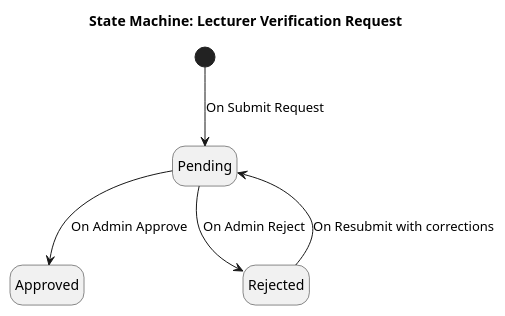
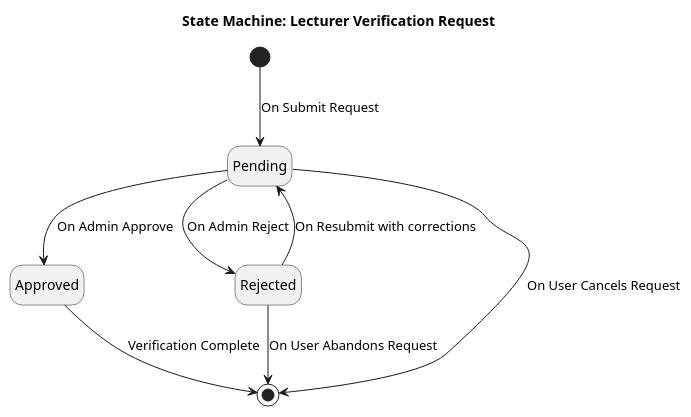
Before and after one commit to FA25SE050-RogueLearn/RogueLearn.BMAD.Documentation: the diagram in docs/srs/diagrams/state-machines/user-services/lecturer-verification-state-machine.puml, drawn with PlantUML. The commit also changed 8 other files, not shown here.

Commit message:
update diagrams

```diff
--- a/docs/srs/diagrams/state-machines/user-services/lecturer-verification-state-machine.puml
+++ b/docs/srs/diagrams/state-machines/user-services/lecturer-verification-state-machine.puml
@@ -2,15 +2,20 @@
 @startuml
 title "State Machine: Lecturer Verification Request"
 hide empty description
 
 [*] --> Pending : On Submit Request
 
+state Pending
 state Approved
-
 state Rejected
 
 Pending --> Approved : On Admin Approve
 Pending --> Rejected : On Admin Reject
+Pending --> [*] : On User Cancels Request
+
 Rejected --> Pending : On Resubmit with corrections
+Rejected --> [*] : On User Abandons Request
+
+Approved --> [*] : Verification Complete
 
 @enduml
```
